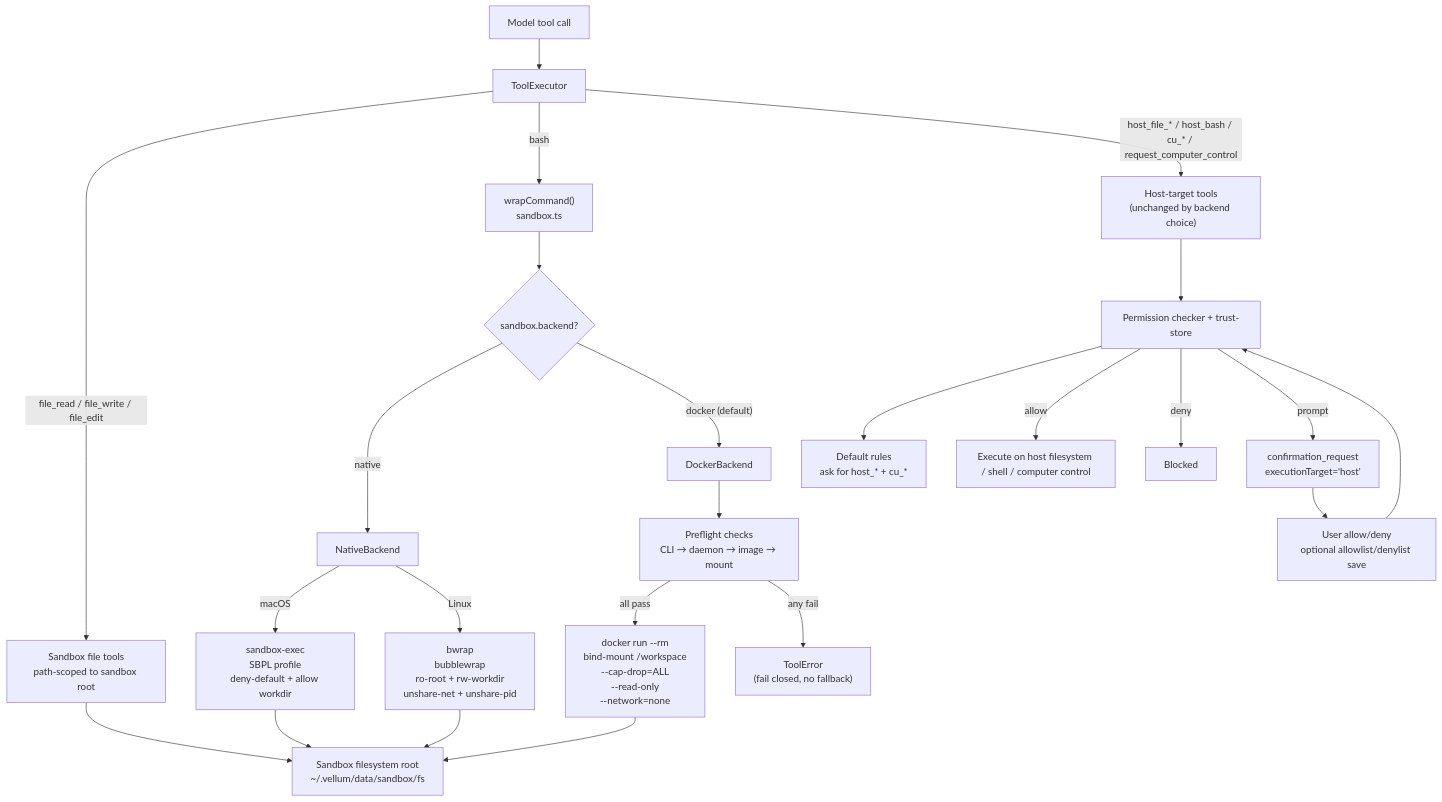
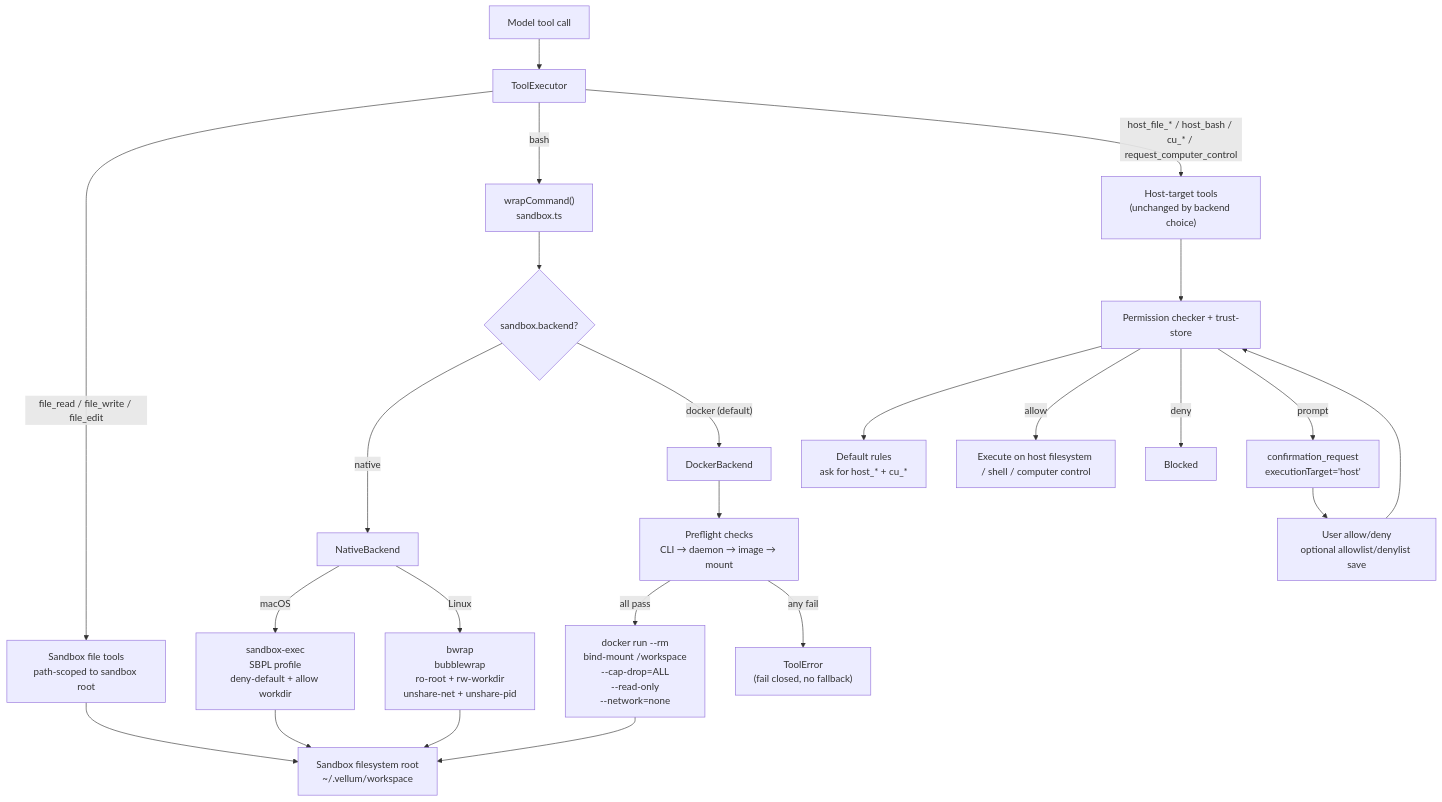
One commit to vellum-ai/vellum-assistant changed diagram 13 of 23 in ARCHITECTURE.md. Above: the diagram before and after it, drawn with Mermaid. The commit also changed other lines of this file, not shown here.

First line of the commit message:
docs: update ARCHITECTURE.md paths and diagrams for workspace layout

````diff
--- a/ARCHITECTURE.md
+++ b/ARCHITECTURE.md
@@ -1119,32 +1122,32 @@
 ```mermaid
 graph TB
     CALL["Model tool call"] --> EXEC["ToolExecutor"]
 
     EXEC -->|"file_read / file_write / file_edit"| SB_FILE_TOOLS["Sandbox file tools<br/>path-scoped to sandbox root"]
     SB_FILE_TOOLS --> SB_FS
 
     EXEC -->|"bash"| WRAP["wrapCommand()<br/>sandbox.ts"]
 
     WRAP --> BACKEND_CHECK{"sandbox.backend?"}
     BACKEND_CHECK -->|"native"| NATIVE["NativeBackend"]
     BACKEND_CHECK -->|"docker (default)"| DOCKER["DockerBackend"]
 
     NATIVE -->|"macOS"| SBPL["sandbox-exec<br/>SBPL profile<br/>deny-default + allow workdir"]
     NATIVE -->|"Linux"| BWRAP["bwrap<br/>bubblewrap<br/>ro-root + rw-workdir<br/>unshare-net + unshare-pid"]
-    SBPL --> SB_FS["Sandbox filesystem root<br/>~/.vellum/data/sandbox/fs"]
+    SBPL --> SB_FS["Sandbox filesystem root<br/>~/.vellum/workspace"]
     BWRAP --> SB_FS
 
     DOCKER --> PREFLIGHT["Preflight checks<br/>CLI → daemon → image → mount"]
     PREFLIGHT -->|"all pass"| CONTAINER["docker run --rm<br/>bind-mount /workspace<br/>--cap-drop=ALL<br/>--read-only<br/>--network=none"]
     PREFLIGHT -->|"any fail"| FAIL_CLOSED["ToolError<br/>(fail closed, no fallback)"]
     CONTAINER --> SB_FS
 
     EXEC -->|"host_file_* / host_bash / cu_* / request_computer_control"| HOST_TOOLS["Host-target tools<br/>(unchanged by backend choice)"]
     HOST_TOOLS --> CHECK["Permission checker + trust-store"]
     CHECK --> DEFAULTS["Default rules<br/>ask for host_* + cu_*"]
     CHECK -->|"allow"| HOST_EXEC["Execute on host filesystem / shell / computer control"]
     CHECK -->|"deny"| BLOCK["Blocked"]
     CHECK -->|"prompt"| PROMPT["confirmation_request<br/>executionTarget='host'"]
     PROMPT --> USER["User allow/deny<br/>optional allowlist/denylist save"]
     USER --> CHECK
 ```
````
